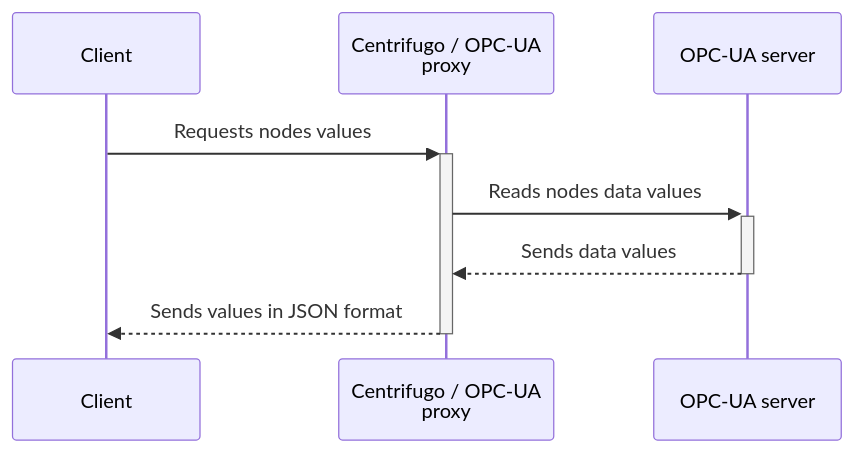
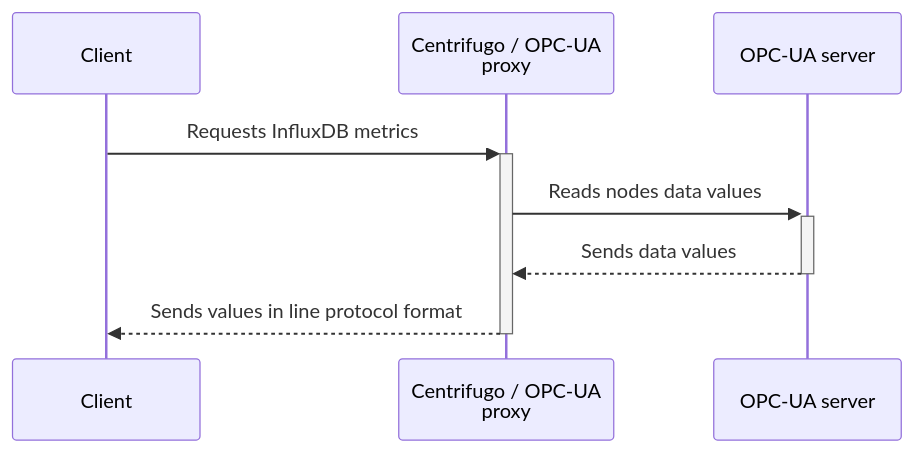
The second of 2 diagrams in README.md (cailloumajor/opcua-proxy), drawn with Mermaid before and after one commit. The commit also changed other lines of this file, not shown here.

Commit message:
chore: reword nodes values to InfluxDB metrics

````diff
--- a/README.md
+++ b/README.md
@@ -97,10 +97,10 @@
 ```mermaid
 sequenceDiagram
     participant Client
     participant Proxy as Centrifugo / OPC-UA<br>proxy
     participant OPCServer as OPC-UA server
-    Client->>+Proxy: Requests nodes values
+    Client->>+Proxy: Requests InfluxDB metrics
     Proxy->>+OPCServer: Reads nodes data values
     OPCServer-->>-Proxy: Sends data values
-    Proxy-->>-Client: Sends values in JSON format
+    Proxy-->>-Client: Sends values in line protocol format
 ```
````
